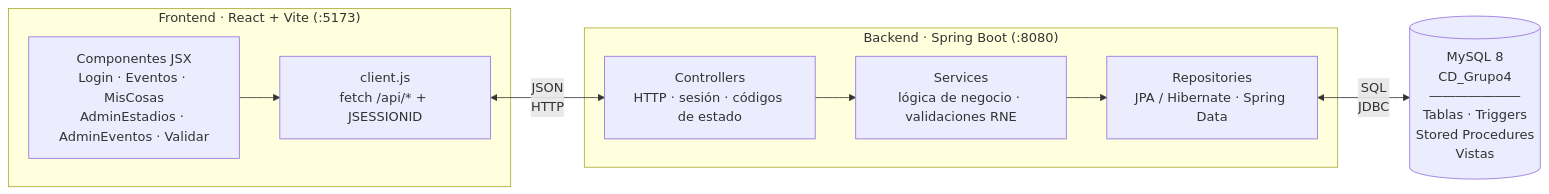
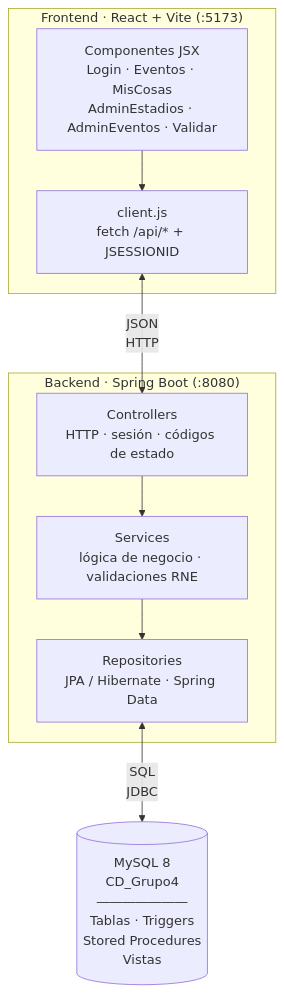
The diagram in docs/diagramas/arquitectura.md (GastonGrane/BDII), drawn with Mermaid before and after one commit. The commit also changed 2 other files, not shown here.

Commit message:
docs: cambia diagrama de arquitectura a orientación vertical

````diff
--- a/docs/diagramas/arquitectura.md
+++ b/docs/diagramas/arquitectura.md
@@ -1,20 +1,20 @@
 ```mermaid
-graph LR
+graph TB
     subgraph FE ["Frontend  ·  React + Vite  (:5173)"]
         UI["Componentes JSX\nLogin · Eventos · MisCosas\nAdminEstadios · AdminEventos · Validar"]
         CL["client.js\nfetch /api/* + JSESSIONID"]
         UI --> CL
     end
 
     subgraph BE ["Backend  ·  Spring Boot  (:8080)"]
         CTR["Controllers\nHTTP · sesión · códigos de estado"]
         SVC["Services\nlógica de negocio · validaciones RNE"]
         REP["Repositories\nJPA / Hibernate · Spring Data"]
         CTR --> SVC --> REP
     end
 
     DB[("MySQL 8\nCD_Grupo4\n―――――――\nTablas · Triggers\nStored Procedures\nVistas")]
 
     CL <-->|"JSON\nHTTP"| CTR
     REP <-->|"SQL\nJDBC"| DB
 ```
````
